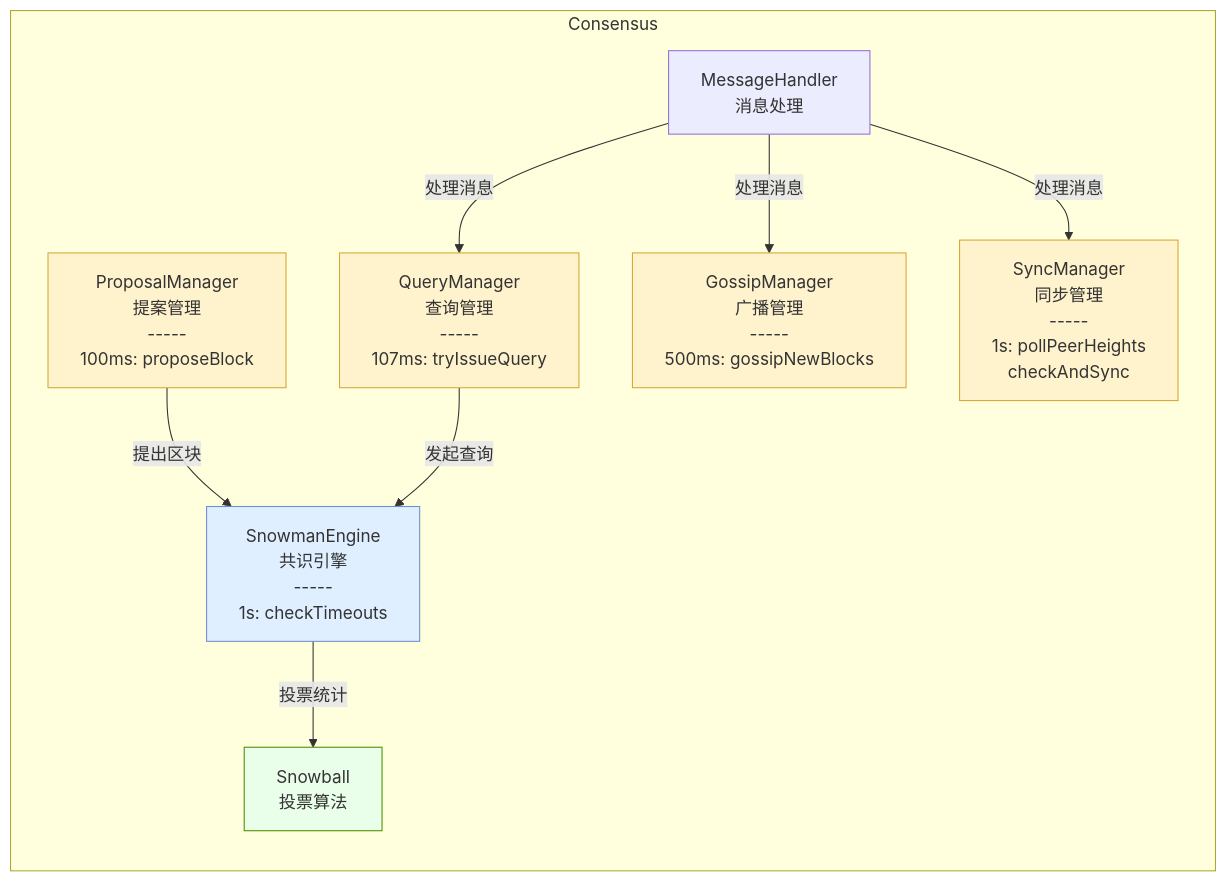
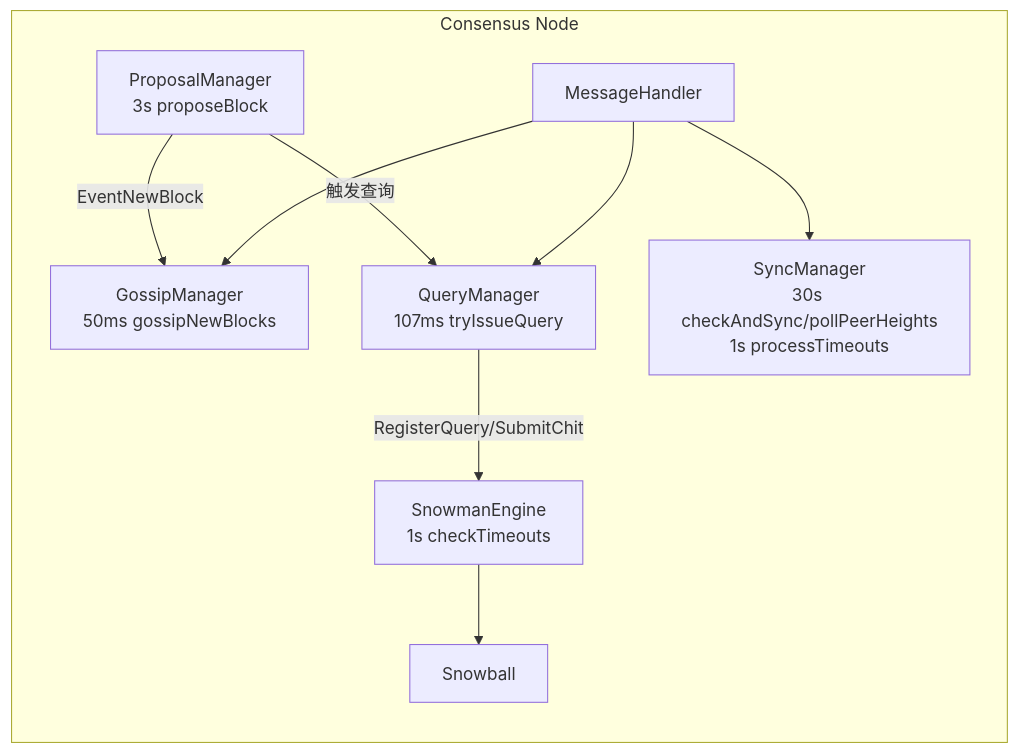
Before and after one commit to davidLeeeeeeeeeeee/dex: the first of 2 diagrams in consensus/design.md, drawn with Mermaid. The commit also changed other lines of this file and 36 other files, not shown here.

````diff
--- a/consensus/design.md
+++ b/consensus/design.md
@@ -7,26 +25,20 @@
 ```mermaid
 flowchart LR
-    subgraph Consensus
-        SE["SnowmanEngine<br/>共识引擎<br/>-----<br/>1s: checkTimeouts"]
-        SB[Snowball<br/>投票算法]
-        PM["ProposalManager<br/>提案管理<br/>-----<br/>100ms: proposeBlock"]
-        QM["QueryManager<br/>查询管理<br/>-----<br/>107ms: tryIssueQuery"]
-        MH[MessageHandler<br/>消息处理]
-        GM["GossipManager<br/>广播管理<br/>-----<br/>500ms: gossipNewBlocks"]
-        SM["SyncManager<br/>同步管理<br/>-----<br/>1s: pollPeerHeights<br/>checkAndSync"]
+    subgraph Consensus Node
+        PM["ProposalManager<br/>3s proposeBlock"]
+        QM["QueryManager<br/>107ms tryIssueQuery"]
+        SE["SnowmanEngine<br/>1s checkTimeouts"]
+        SB["Snowball"]
+        MH["MessageHandler"]
+        GM["GossipManager<br/>50ms gossipNewBlocks"]
+        SM["SyncManager<br/>30s checkAndSync/pollPeerHeights<br/>1s processTimeouts"]
     end
 
-    PM -->|提出区块| SE
-    QM -->|发起查询| SE
-    SE -->|投票统计| SB
-    MH -->|处理消息| QM
-    MH -->|处理消息| GM
-    MH -->|处理消息| SM
-
-    style SE fill:#dfefff,stroke:#6b8fd6
-    style SB fill:#eaffea,stroke:#4f8f00
-    style PM fill:#fff3cd,stroke:#d6a735
-    style QM fill:#fff3cd,stroke:#d6a735
-    style GM fill:#fff3cd,stroke:#d6a735
-    style SM fill:#fff3cd,stroke:#d6a735
+    PM -->|EventNewBlock| GM
+    PM -->|触发查询| QM
+    QM -->|RegisterQuery/SubmitChit| SE
+    SE --> SB
+    MH --> QM
+    MH --> GM
+    MH --> SM
 ```
````
